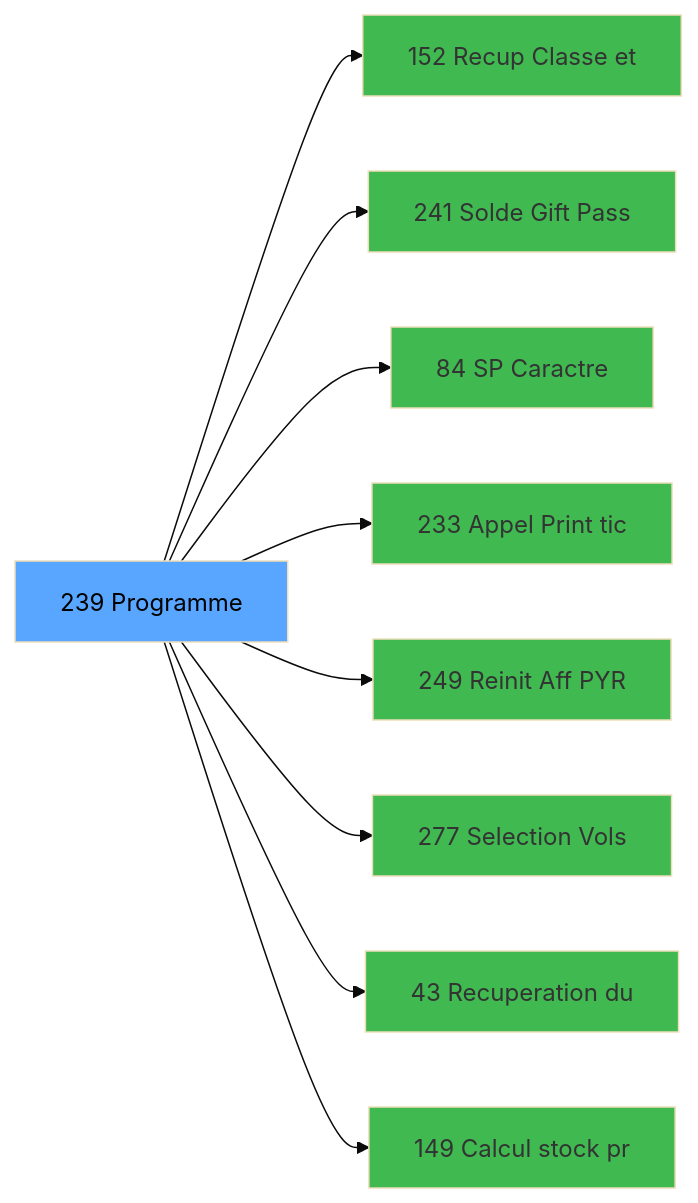
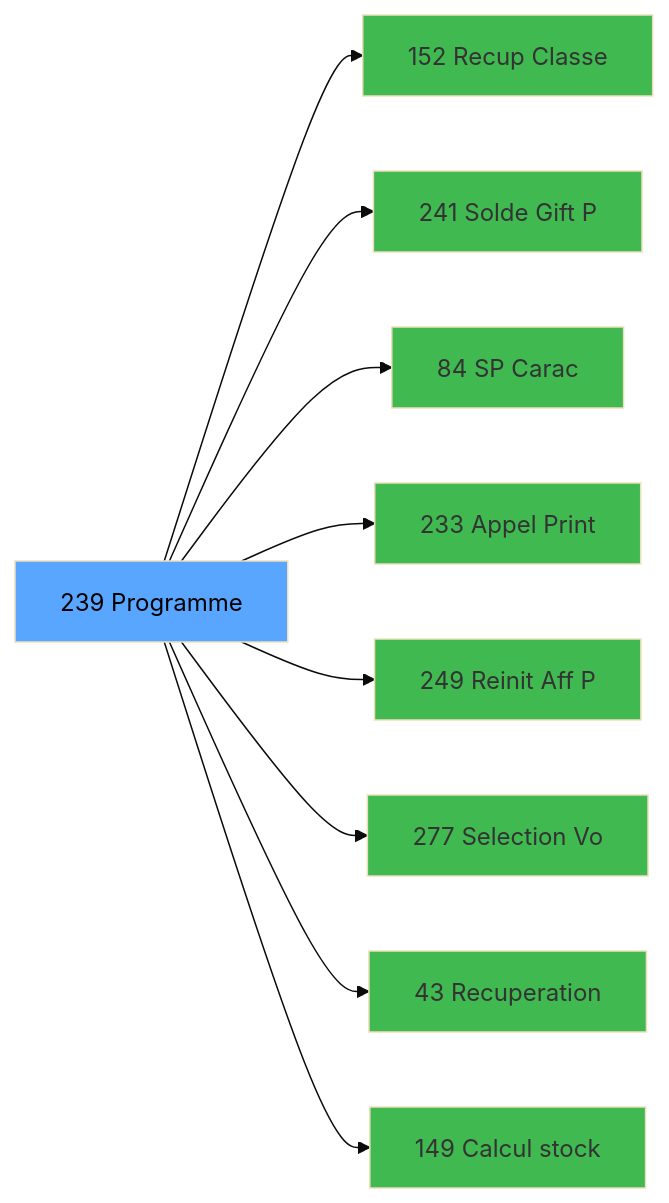
The third of 3 diagrams in .openspec/specs/ADH-IDE-239.md (thonyAGP/magic-migration), drawn with Mermaid (base theme) before and after one commit. The commit also changed other lines of this file and 323 other files, not shown here.

````diff
--- a/.openspec/specs/ADH-IDE-239.md
+++ b/.openspec/specs/ADH-IDE-239.md
@@ -156,29 +194,29 @@
 ```mermaid
 graph LR
     T[239 Programme]
-    C152[152 Recup Classe et]
+    C152[152 Recup Classe]
     T --> C152
-    C241[241 Solde Gift Pass]
+    C241[241 Solde Gift P]
     T --> C241
-    C84[84     SP Caractre]
+    C84[84     SP Carac]
     T --> C84
-    C233[233 Appel Print tic]
+    C233[233 Appel Print ]
     T --> C233
-    C249[249 Reinit Aff PYR]
+    C249[249 Reinit Aff P]
     T --> C249
-    C277[277 Selection Vols ]
+    C277[277 Selection Vo]
     T --> C277
-    C43[43 Recuperation du]
+    C43[43 Recuperation]
     T --> C43
-    C149[149 Calcul stock pr]
+    C149[149 Calcul stock]
     T --> C149
     style T fill:#58a6ff,color:#000
     style C152 fill:#3fb950
     style C241 fill:#3fb950
     style C84 fill:#3fb950
     style C233 fill:#3fb950
     style C249 fill:#3fb950
     style C277 fill:#3fb950
     style C43 fill:#3fb950
     style C149 fill:#3fb950
 ```
````
